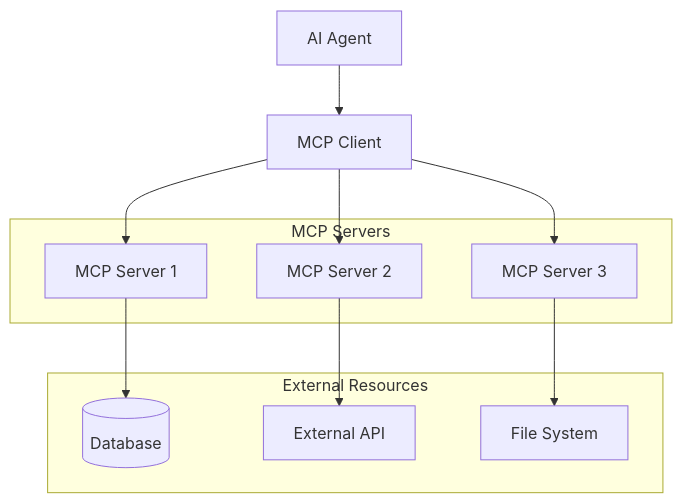
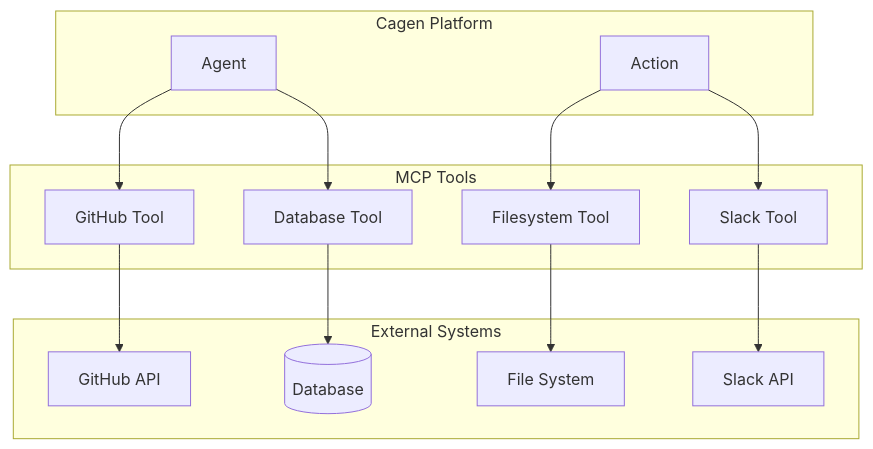
Before and after one commit to ZhouYimao/mintlify-docs: the diagram in how-to/mcp/mcp-integration.mdx, drawn with Mermaid. The commit also changed other lines of this file and 17 other files, not shown here.

````diff
--- a/how-to/mcp/mcp-integration.mdx
+++ b/how-to/mcp/mcp-integration.mdx
@@ -45,23 +45,31 @@
 ```mermaid
 graph TB
-    Agent[AI Agent] --> MCP[MCP Client]
-    MCP --> Server1[MCP Server 1]
-    MCP --> Server2[MCP Server 2]
-    MCP --> Server3[MCP Server 3]
-    
-    Server1 --> DB[(Database)]
-    Server2 --> API[External API]
-    Server3 --> FS[File System]
-    
-    subgraph "MCP Servers"
-        Server1
-        Server2
-        Server3
+    subgraph "Cagen Platform"
+        Agent[Agent]
+        Action[Action]
     end
     
-    subgraph "External Resources"
-        DB
-        API
-        FS
+    subgraph "MCP Tools"
+        GitHub[GitHub Tool]
+        Database[Database Tool]
+        Filesystem[Filesystem Tool]
+        Slack[Slack Tool]
     end
+    
+    subgraph "External Systems"
+        GH[GitHub API]
+        DB[(Database)]
+        FS[File System]
+        SL[Slack API]
+    end
+    
+    Agent --> GitHub
+    Agent --> Database
+    Action --> Filesystem
+    Action --> Slack
+    
+    GitHub --> GH
+    Database --> DB
+    Filesystem --> FS
+    Slack --> SL
 ```
````
